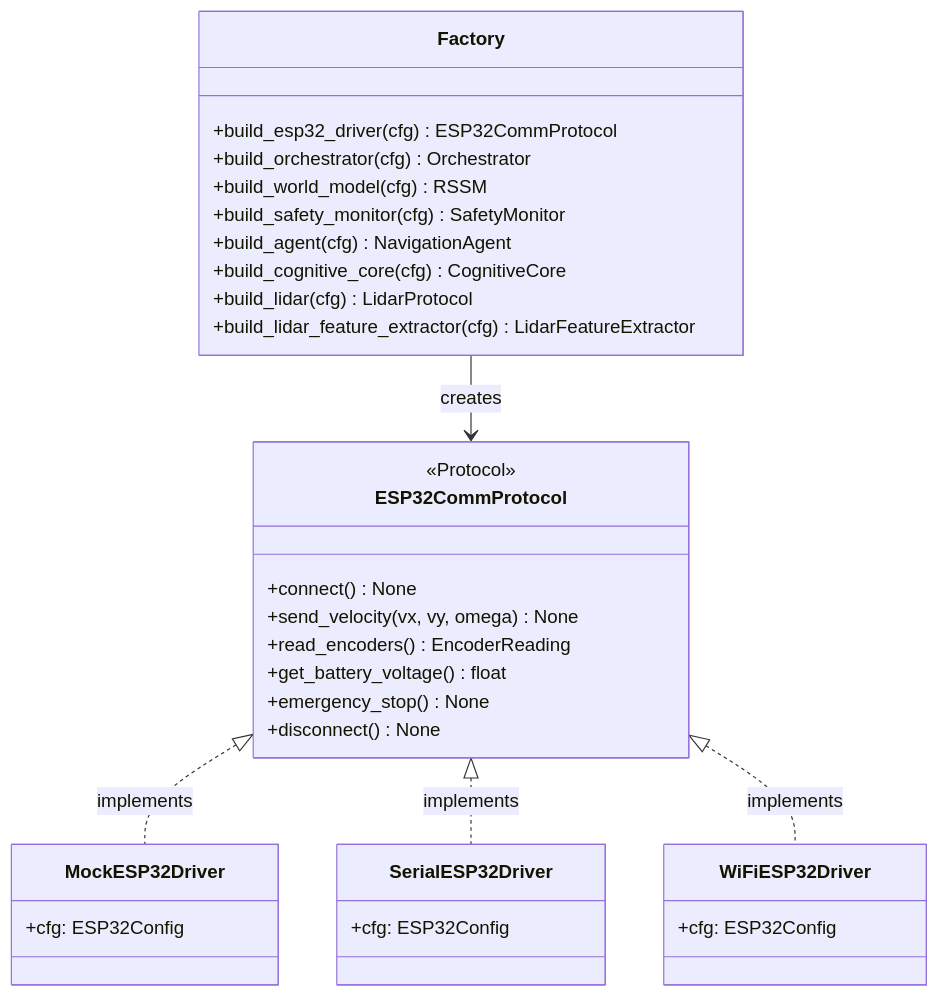
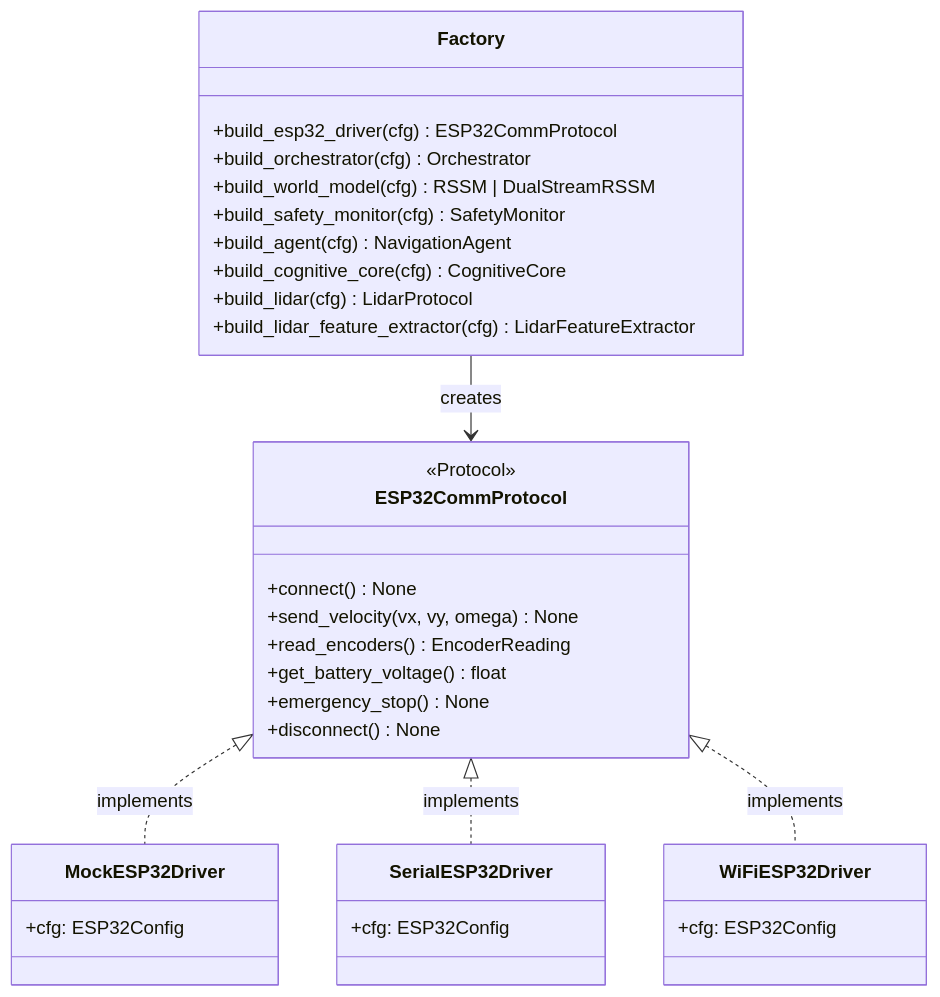
One commit to ianshank/Mouse-Droid-AGI changed the fourth of 11 diagrams in docs/architecture.md. Above: the diagram before and after it, drawn with Mermaid. The commit also changed other lines of this file and 25 other files, not shown here.

First line of the commit message:
feat: dual-stream CfC/GRU liquid neural network RSSM — training, tests, deployment (#34)

````diff
--- a/docs/architecture.md
+++ b/docs/architecture.md
@@ -184,36 +184,36 @@
 ```mermaid
 classDiagram
     class ESP32CommProtocol {
         <<Protocol>>
         +connect() None
         +send_velocity(vx, vy, omega) None
         +read_encoders() EncoderReading
         +get_battery_voltage() float
         +emergency_stop() None
         +disconnect() None
     }
     class MockESP32Driver {
         +cfg: ESP32Config
     }
     class SerialESP32Driver {
         +cfg: ESP32Config
     }
     class WiFiESP32Driver {
         +cfg: ESP32Config
     }
     class Factory {
         +build_esp32_driver(cfg) ESP32CommProtocol
         +build_orchestrator(cfg) Orchestrator
-        +build_world_model(cfg) RSSM
+        +build_world_model(cfg) RSSM | DualStreamRSSM
         +build_safety_monitor(cfg) SafetyMonitor
         +build_agent(cfg) NavigationAgent
         +build_cognitive_core(cfg) CognitiveCore
         +build_lidar(cfg) LidarProtocol
         +build_lidar_feature_extractor(cfg) LidarFeatureExtractor
     }
 
     ESP32CommProtocol <|.. MockESP32Driver : implements
     ESP32CommProtocol <|.. SerialESP32Driver : implements
     ESP32CommProtocol <|.. WiFiESP32Driver : implements
     Factory --> ESP32CommProtocol : creates
 ```
````
